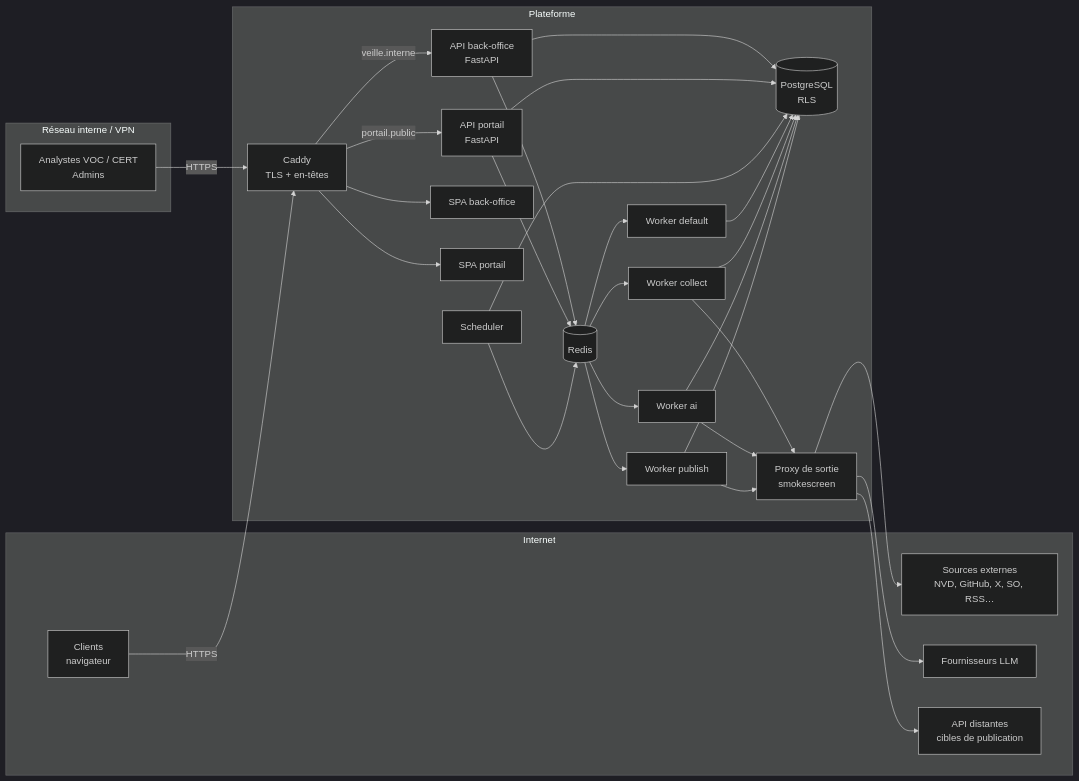
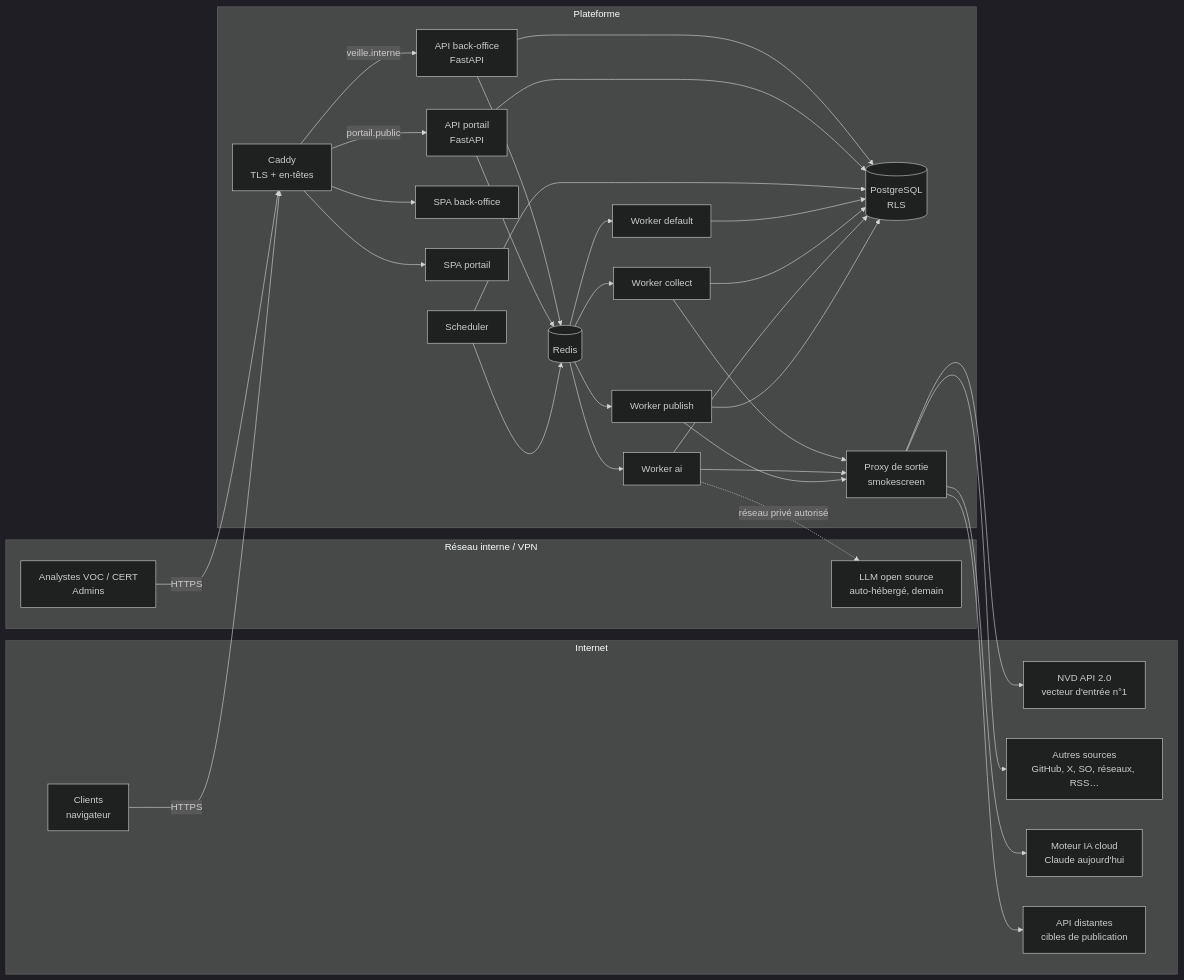
The first of 2 diagrams in docs/ARCHITECTURE.md (nathan33670-spec/Vuln-veille), drawn with Mermaid (dark theme) before and after one commit. The commit also changed other lines of this file and 13 other files, not shown here.

````diff
--- a/docs/ARCHITECTURE.md
+++ b/docs/ARCHITECTURE.md
@@ -5,42 +5,45 @@
 ```mermaid
 flowchart LR
     subgraph Internet
         CL[Clients<br/>navigateur]
-        SRC[Sources externes<br/>NVD, GitHub, X, SO, RSS…]
-        LLM[Fournisseurs LLM]
+        NVDAPI[NVD API 2.0<br/>vecteur d'entrée n°1]
+        SRC[Autres sources<br/>GitHub, X, SO, réseaux, RSS…]
+        LLM[Moteur IA cloud<br/>Claude aujourd'hui]
         RAPI[API distantes<br/>cibles de publication]
     end
 
     subgraph Interne["Réseau interne / VPN"]
         AN[Analystes VOC / CERT<br/>Admins]
+        OLLM[LLM open source<br/>auto-hébergé, demain]
     end
 
     subgraph Plateforme
         RP[Caddy<br/>TLS + en-têtes]
         BO[API back-office<br/>FastAPI]
         PO[API portail<br/>FastAPI]
         SPA1[SPA back-office]
         SPA2[SPA portail]
         SCH[Scheduler]
         WD[Worker default]
         WC[Worker collect]
         WA[Worker ai]
         WP[Worker publish]
         PG[(PostgreSQL<br/>RLS)]
         RD[(Redis)]
         EG[Proxy de sortie<br/>smokescreen]
     end
 
     AN -->|HTTPS| RP
     CL -->|HTTPS| RP
     RP --> SPA1 & SPA2
     RP -->|veille.interne| BO
     RP -->|portail.public| PO
     BO & PO --> PG
     BO & PO --> RD
     SCH --> PG & RD
     RD --> WD & WC & WA & WP
     WD & WC & WA & WP --> PG
     WC & WA & WP --> EG
-    EG --> SRC & LLM & RAPI
+    EG --> NVDAPI & SRC & LLM & RAPI
+    WA -. réseau privé autorisé .-> OLLM
 ```
````
